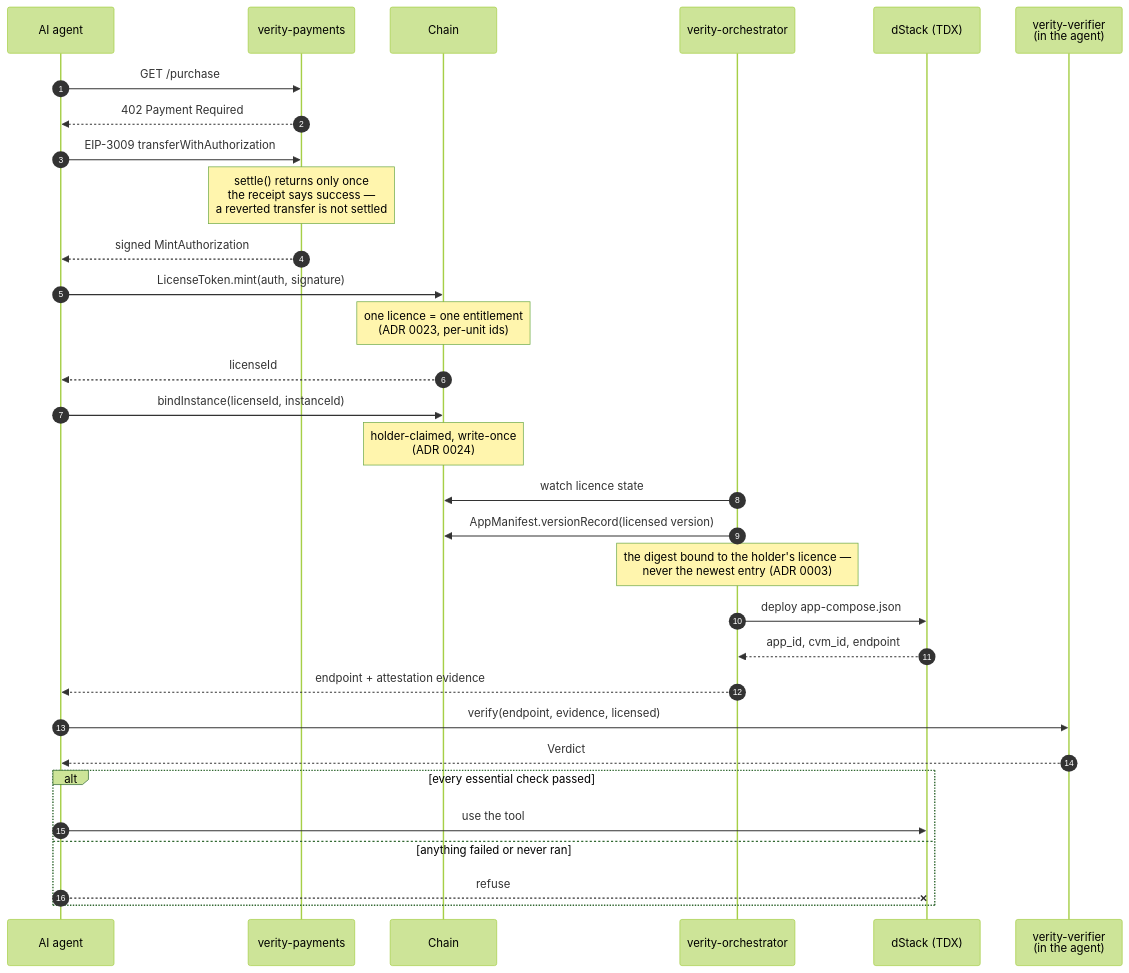
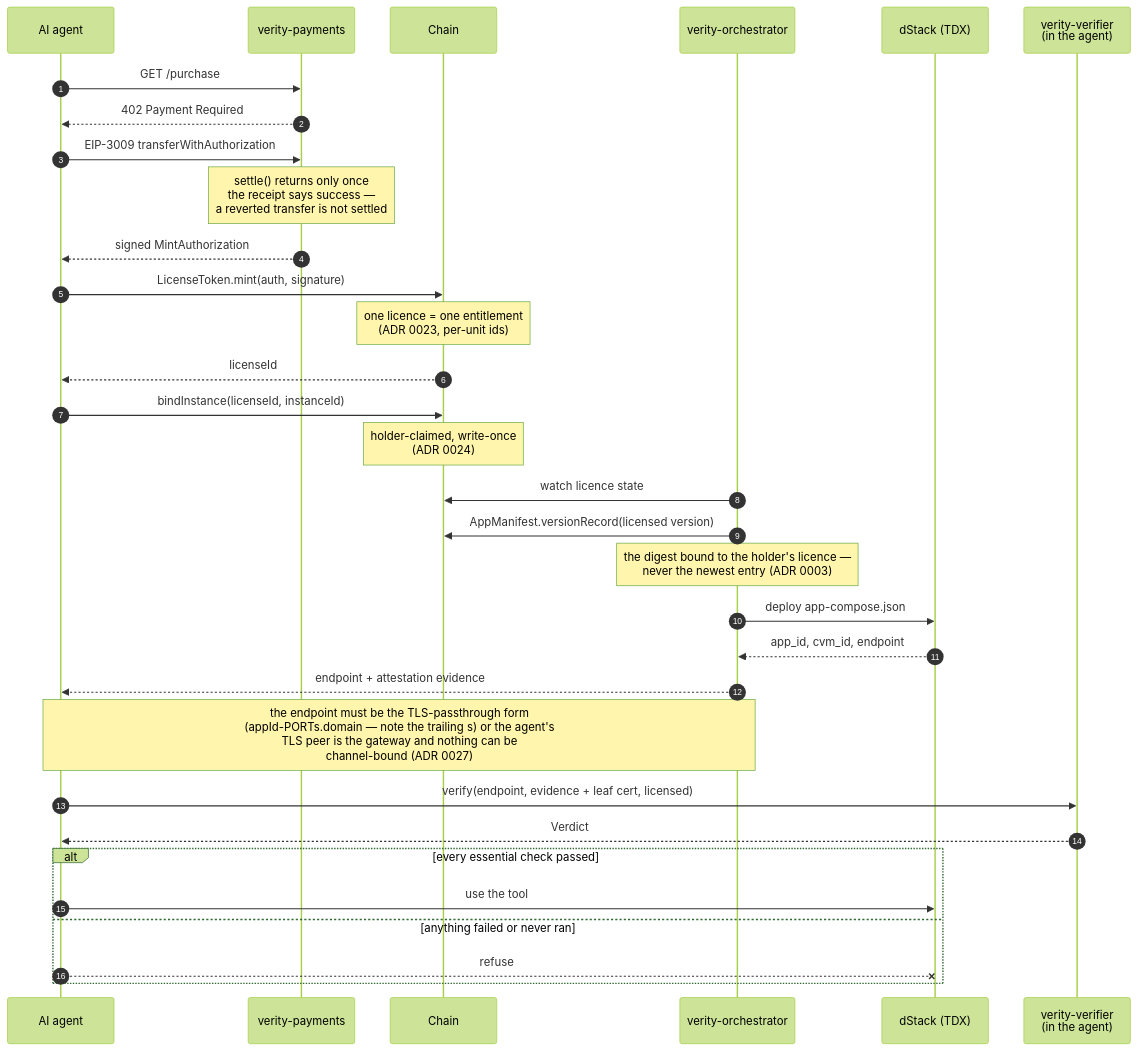
The second of 5 diagrams in docs/ARCHITECTURE.md (ithaka-dev/verity-foundation), drawn with Mermaid (forest theme) before and after one commit. The commit also changed other lines of this file and 5 other files, not shown here.

First line of the commit message:
ADR 0027: channel binding is essential, and the docs stop describing the old verifier

````diff
--- a/docs/ARCHITECTURE.md
+++ b/docs/ARCHITECTURE.md
@@ -100,38 +100,39 @@
 ```mermaid
 sequenceDiagram
     autonumber
     participant A as AI agent
     participant P as verity-payments
     participant C as Chain
     participant O as verity-orchestrator
     participant D as dStack (TDX)
     participant V as verity-verifier<br/>(in the agent)
 
     A->>P: GET /purchase
     P-->>A: 402 Payment Required
     A->>P: EIP-3009 transferWithAuthorization
     Note over P: settle() returns only once<br/>the receipt says success —<br/>a reverted transfer is not settled
     P-->>A: signed MintAuthorization
 
     A->>C: LicenseToken.mint(auth, signature)
     Note over C: one licence = one entitlement<br/>(ADR 0023, per-unit ids)
     C-->>A: licenseId
 
     A->>C: bindInstance(licenseId, instanceId)
     Note over C: holder-claimed, write-once<br/>(ADR 0024)
 
     O->>C: watch licence state
     O->>C: AppManifest.versionRecord(licensed version)
     Note over O: the digest bound to the holder's licence —<br/>never the newest entry (ADR 0003)
     O->>D: deploy app-compose.json
     D-->>O: app_id, cvm_id, endpoint
     O-->>A: endpoint + attestation evidence
+    Note over O,A: the endpoint must be the TLS-passthrough form<br/>(appId-PORTs.domain — note the trailing s) or the agent's<br/>TLS peer is the gateway and nothing can be<br/>channel-bound (ADR 0027)
 
-    A->>V: verify(endpoint, evidence, licensed)
+    A->>V: verify(endpoint, evidence + leaf cert, licensed)
     V-->>A: Verdict
     alt every essential check passed
         A->>D: use the tool
     else anything failed or never ran
         A--xD: refuse
     end
 ```
````
